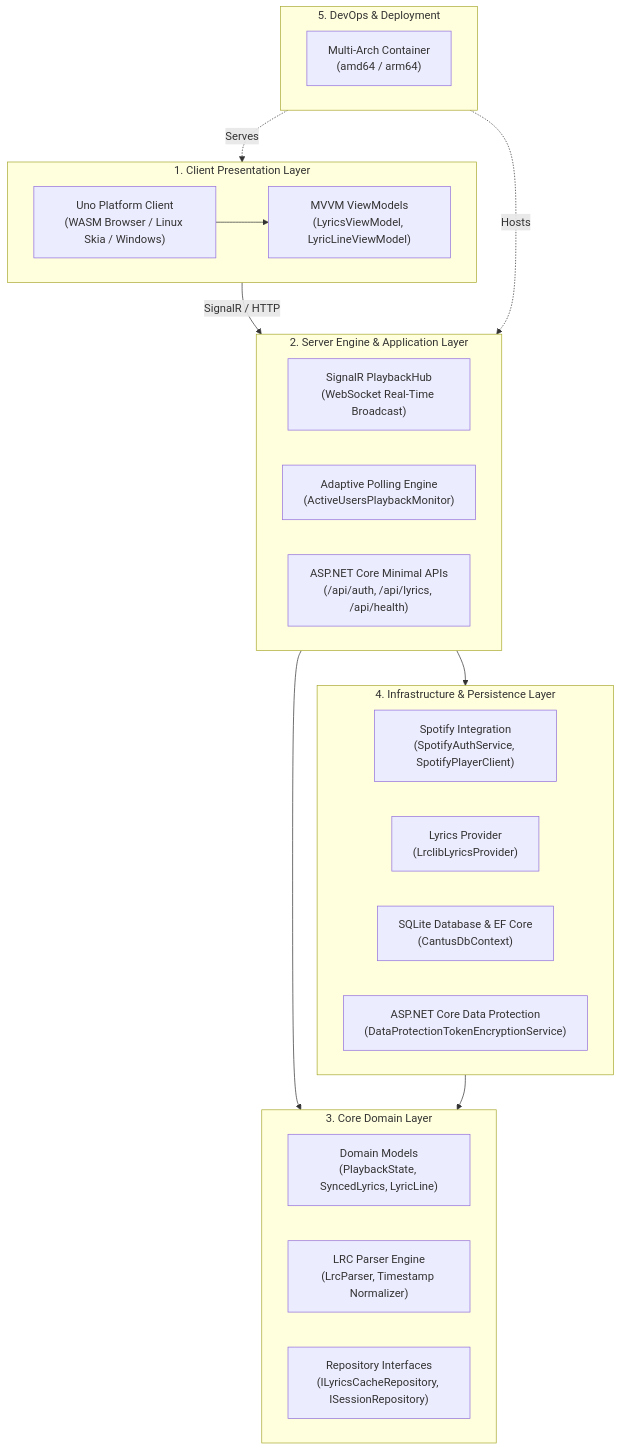
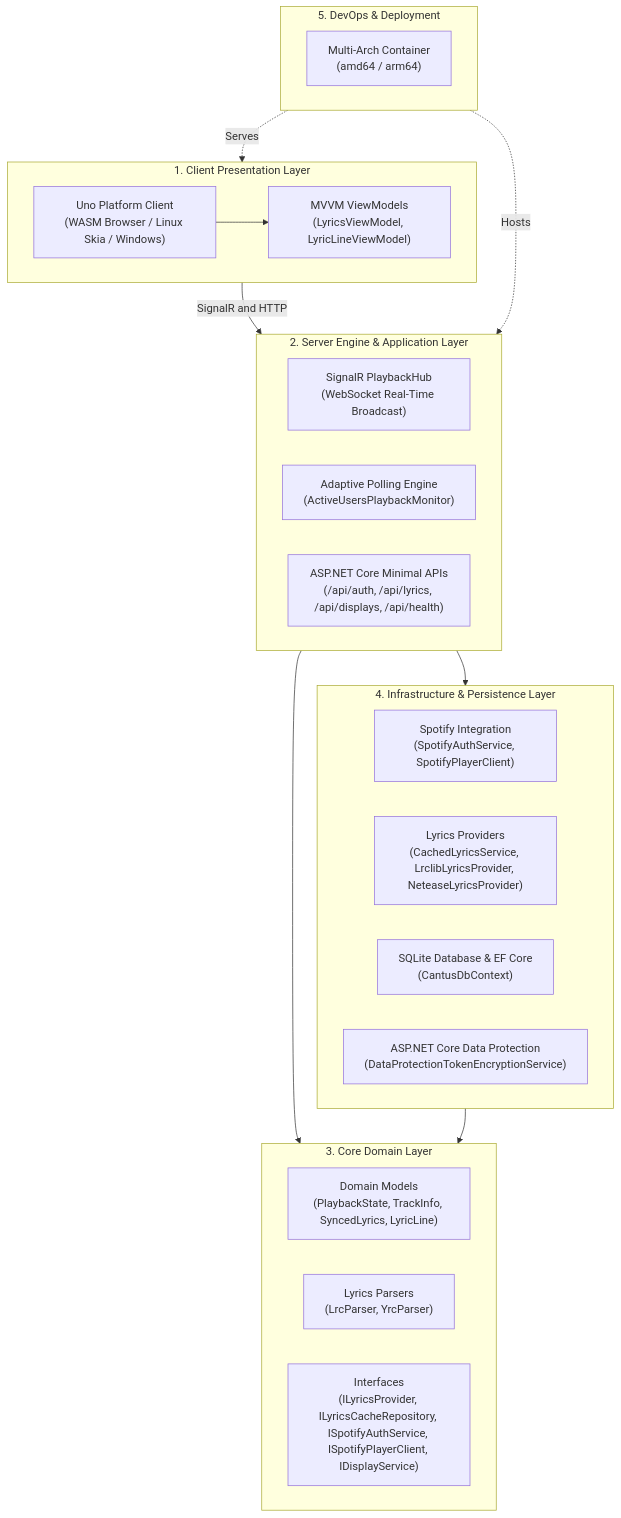
Before and after one commit to jav76/Cantus: the diagram in docs/architecture/overview.md, drawn with Mermaid. The commit also changed other lines of this file and 8 other files, not shown here.

Commit message:
docs: correct architecture, theming and contributing pages against the code

````diff
--- a/docs/architecture/overview.md
+++ b/docs/architecture/overview.md
@@ -11,38 +11,38 @@
 ```mermaid
 flowchart TB
     subgraph Layer1["1. Client Presentation Layer"]
         UnoUI["Uno Platform Client<br/>(WASM Browser / Linux Skia / Windows)"]
         VM["MVVM ViewModels<br/>(LyricsViewModel, LyricLineViewModel)"]
         UnoUI --> VM
     end
 
     subgraph Layer2["2. Server Engine & Application Layer"]
         Hub["SignalR PlaybackHub<br/>(WebSocket Real-Time Broadcast)"]
         Engine["Adaptive Polling Engine<br/>(ActiveUsersPlaybackMonitor)"]
-        Endpoints["ASP.NET Core Minimal APIs<br/>(/api/auth, /api/lyrics, /api/health)"]
+        Endpoints["ASP.NET Core Minimal APIs<br/>(/api/auth, /api/lyrics, /api/displays, /api/health)"]
     end
 
     subgraph Layer3["3. Core Domain Layer"]
-        Models["Domain Models<br/>(PlaybackState, SyncedLyrics, LyricLine)"]
-        Parser["LRC Parser Engine<br/>(LrcParser, Timestamp Normalizer)"]
-        Interfaces["Repository Interfaces<br/>(ILyricsCacheRepository, ISessionRepository)"]
+        Models["Domain Models<br/>(PlaybackState, TrackInfo, SyncedLyrics, LyricLine)"]
+        Parser["Lyrics Parsers<br/>(LrcParser, YrcParser)"]
+        Interfaces["Interfaces<br/>(ILyricsProvider, ILyricsCacheRepository, ISpotifyAuthService, ISpotifyPlayerClient, IDisplayService)"]
     end
 
     subgraph Layer4["4. Infrastructure & Persistence Layer"]
         Spotify["Spotify Integration<br/>(SpotifyAuthService, SpotifyPlayerClient)"]
-        LRCLIB["Lyrics Provider<br/>(LrclibLyricsProvider)"]
+        LRCLIB["Lyrics Providers<br/>(CachedLyricsService, LrclibLyricsProvider, NeteaseLyricsProvider)"]
         DB["SQLite Database & EF Core<br/>(CantusDbContext)"]
         Crypto["ASP.NET Core Data Protection<br/>(DataProtectionTokenEncryptionService)"]
     end
 
     subgraph Layer5["5. DevOps & Deployment"]
         Docker["Multi-Arch Container<br/>(amd64 / arm64)"]
     end
 
-    Layer1 -->|SignalR / HTTP| Layer2
+    Layer1 -->|"SignalR and HTTP"| Layer2
     Layer2 --> Layer3
     Layer2 --> Layer4
     Layer4 --> Layer3
     Layer5 -. Hosts .-> Layer2
     Layer5 -. Serves .-> Layer1
 ```
````
